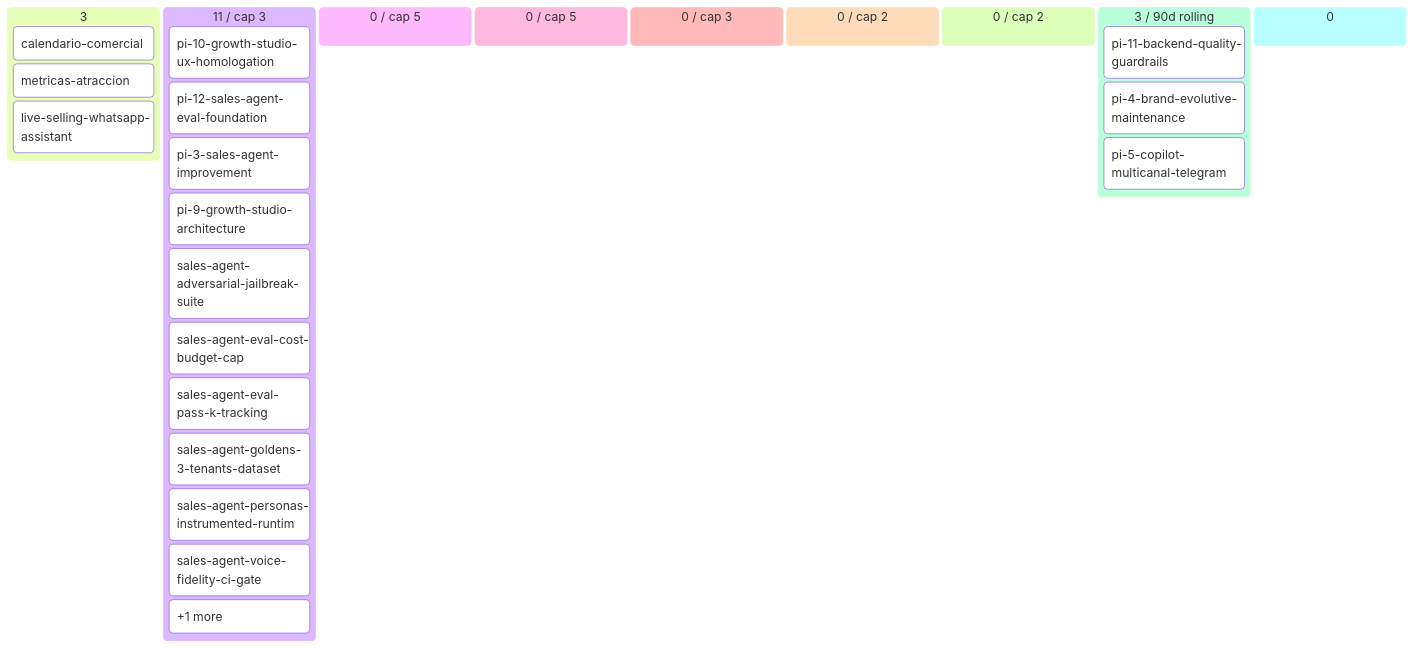
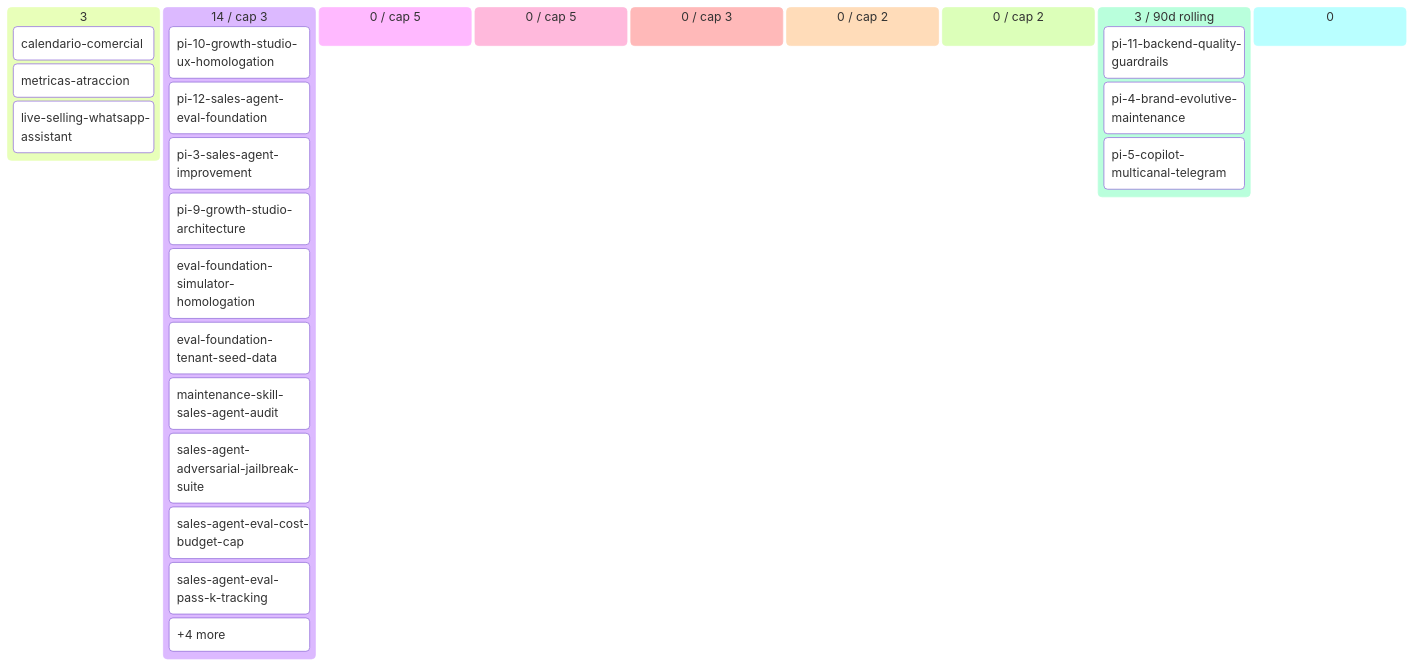
Before and after one commit to alpacapurpura/ap_sales_agent: the diagram in docs/product/BACKLOG.md, drawn with Mermaid. The commit also changed other lines of this file and 15 other files, not shown here.

````diff
--- a/docs/product/BACKLOG.md
+++ b/docs/product/BACKLOG.md
@@ -53,29 +56,29 @@
 ```mermaid
 kanban
   💡 Ideas (3)
     calendario-comercial[calendario-comercial]
     metricas-atraccion[metricas-atraccion]
     live-selling-whatsapp-assistan[live-selling-whatsapp-assistant]
-  🔬 Refining (11 / cap 3)
+  🔬 Refining (14 / cap 3)
     pi-10-growth-studio-ux-homolog[pi-10-growth-studio-ux-homologation]
     pi-12-sales-agent-eval-foundat[pi-12-sales-agent-eval-foundation]
     pi-3-sales-agent-improvement[pi-3-sales-agent-improvement]
     pi-9-growth-studio-architectur[pi-9-growth-studio-architecture]
+    eval-foundation-simulator-homo[eval-foundation-simulator-homologation]
+    eval-foundation-tenant-seed-da[eval-foundation-tenant-seed-data]
+    maintenance-skill-sales-agent-[maintenance-skill-sales-agent-audit]
     sales-agent-adversarial-jailbr[sales-agent-adversarial-jailbreak-suite]
     sales-agent-eval-cost-budget-c[sales-agent-eval-cost-budget-cap]
     sales-agent-eval-pass-k-tracki[sales-agent-eval-pass-k-tracking]
-    sales-agent-goldens-3-tenants-[sales-agent-goldens-3-tenants-dataset]
-    sales-agent-personas-instrumen[sales-agent-personas-instrumented-runtim]
-    sales-agent-voice-fidelity-ci-[sales-agent-voice-fidelity-ci-gate]
-    overflow-🔬 Refining[+1 more]
+    overflow-🔬 Refining[+4 more]
   ✅ Refined (0 / cap 5)
   📦 Ready (0 / cap 5)
   🔨 Developing (0 / cap 3)
   🧪 Developed (0 / cap 2)
   🔍 Reviewing (0 / cap 2)
   ✅ Done (3 / 90d rolling)
     pi-11-backend-quality-guardrai[pi-11-backend-quality-guardrails]
     pi-4-brand-evolutive-maintenan[pi-4-brand-evolutive-maintenance]
     pi-5-copilot-multicanal-telegr[pi-5-copilot-multicanal-telegram]
   🅿 Parked (0)
 ```
````
